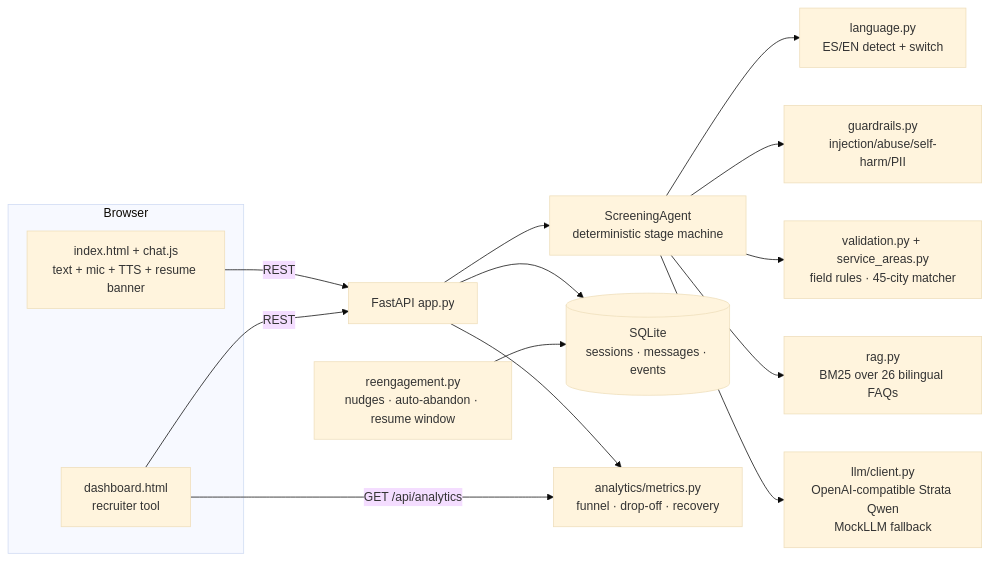
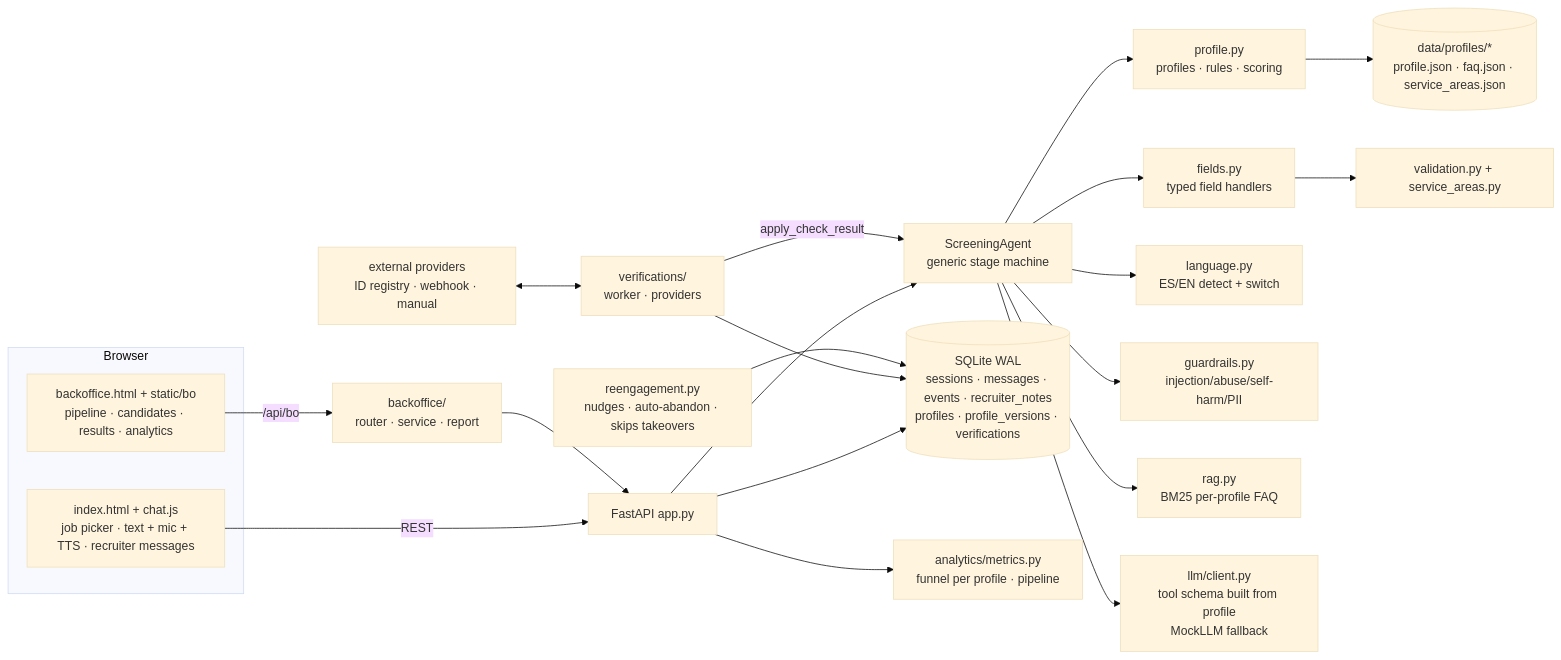
Before and after one commit to DalWhite/screening-agent: the first of 2 diagrams in docs/architecture.md, drawn with Mermaid (base theme). The commit also changed other lines of this file and 119 other files, not shown here.

````diff
--- a/docs/architecture.md
+++ b/docs/architecture.md
@@ -5,19 +5,25 @@
 ```mermaid
 graph LR
     subgraph browser[Browser]
-        CHAT[index.html + chat.js<br/>text + mic + TTS + resume banner]
-        DASH[dashboard.html<br/>recruiter tool]
+        CHAT[index.html + chat.js<br/>job picker · text + mic + TTS · recruiter messages]
+        BO[backoffice.html + static/bo<br/>pipeline · candidates · results · analytics]
     end
     CHAT -- REST --> API[FastAPI app.py]
-    DASH -- REST --> API
-    API --> AG[ScreeningAgent<br/>deterministic stage machine]
+    BO -- /api/bo --> BOA[backoffice/<br/>router · service · report]
+    BOA --> API
+    API --> AG[ScreeningAgent<br/>generic stage machine]
+    AG --> PR[profile.py<br/>profiles · rules · scoring]
+    PR --> PD[(data/profiles/*<br/>profile.json · faq.json · service_areas.json)]
+    AG --> FH[fields.py<br/>typed field handlers]
     AG --> LANG[language.py<br/>ES/EN detect + switch]
     AG --> GR[guardrails.py<br/>injection/abuse/self-harm/PII]
-    AG --> VAL[validation.py + service_areas.py<br/>field rules · 45-city matcher]
-    AG --> RAG[rag.py<br/>BM25 over 26 bilingual FAQs]
-    AG --> LLM[llm/client.py<br/>OpenAI-compatible Strata Qwen<br/>MockLLM fallback]
-    API --> DB[(SQLite<br/>sessions · messages · events)]
-    MON[reengagement.py<br/>nudges · auto-abandon · resume window] --> DB
-    API --> AN[analytics/metrics.py<br/>funnel · drop-off · recovery]
-    DASH -- GET /api/analytics --> AN
+    FH --> VAL[validation.py + service_areas.py]
+    AG --> RAG[rag.py<br/>BM25 per-profile FAQ]
+    AG --> LLM[llm/client.py<br/>tool schema built from profile<br/>MockLLM fallback]
+    API --> DB[(SQLite WAL<br/>sessions · messages · events · recruiter_notes<br/>profiles · profile_versions · verifications)]
+    VW[verifications/<br/>worker · providers] --> DB
+    VW -- apply_check_result --> AG
+    EXT[external providers<br/>ID registry · webhook · manual] <--> VW
+    MON[reengagement.py<br/>nudges · auto-abandon · skips takeovers] --> DB
+    API --> AN[analytics/metrics.py<br/>funnel per profile · pipeline]
 ```
````
